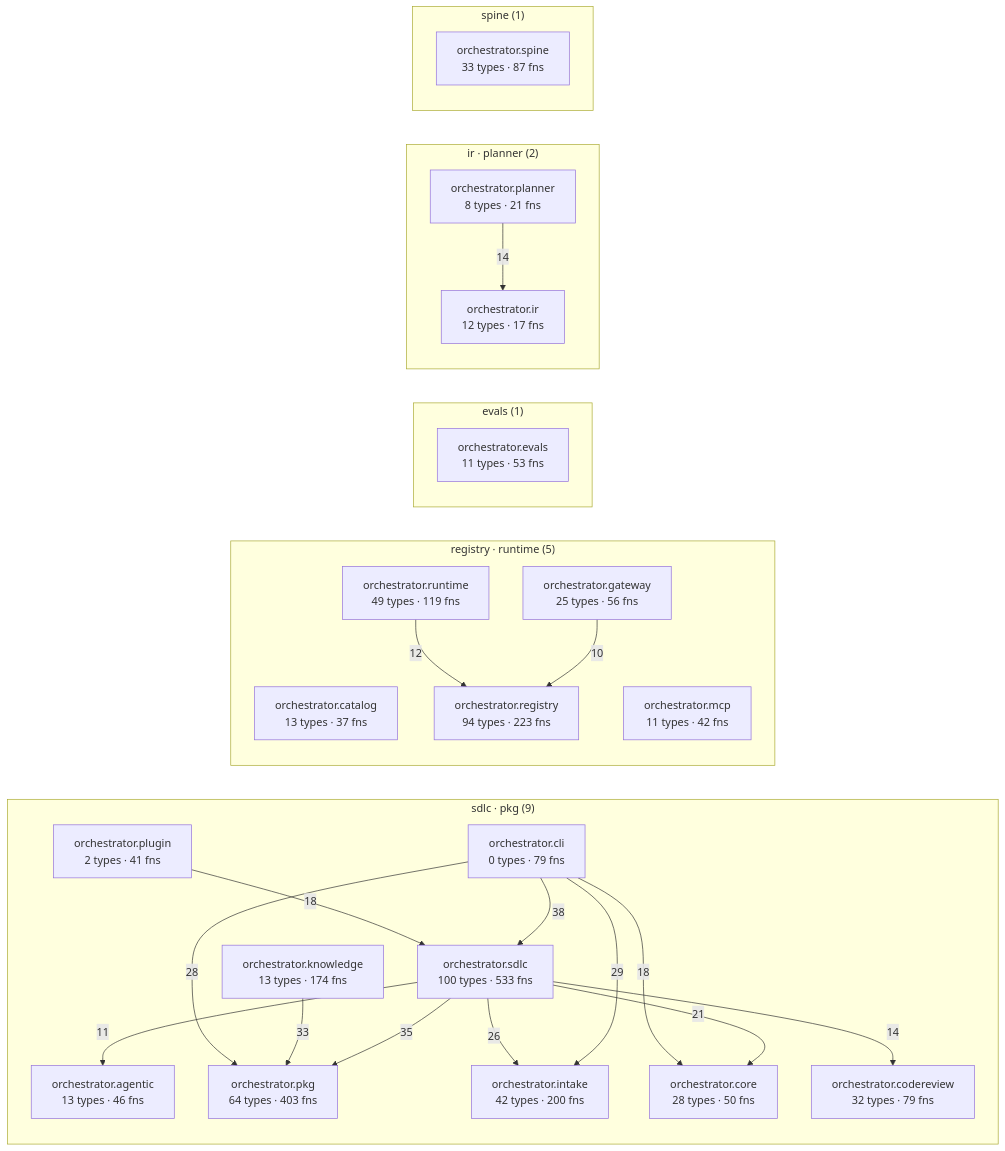
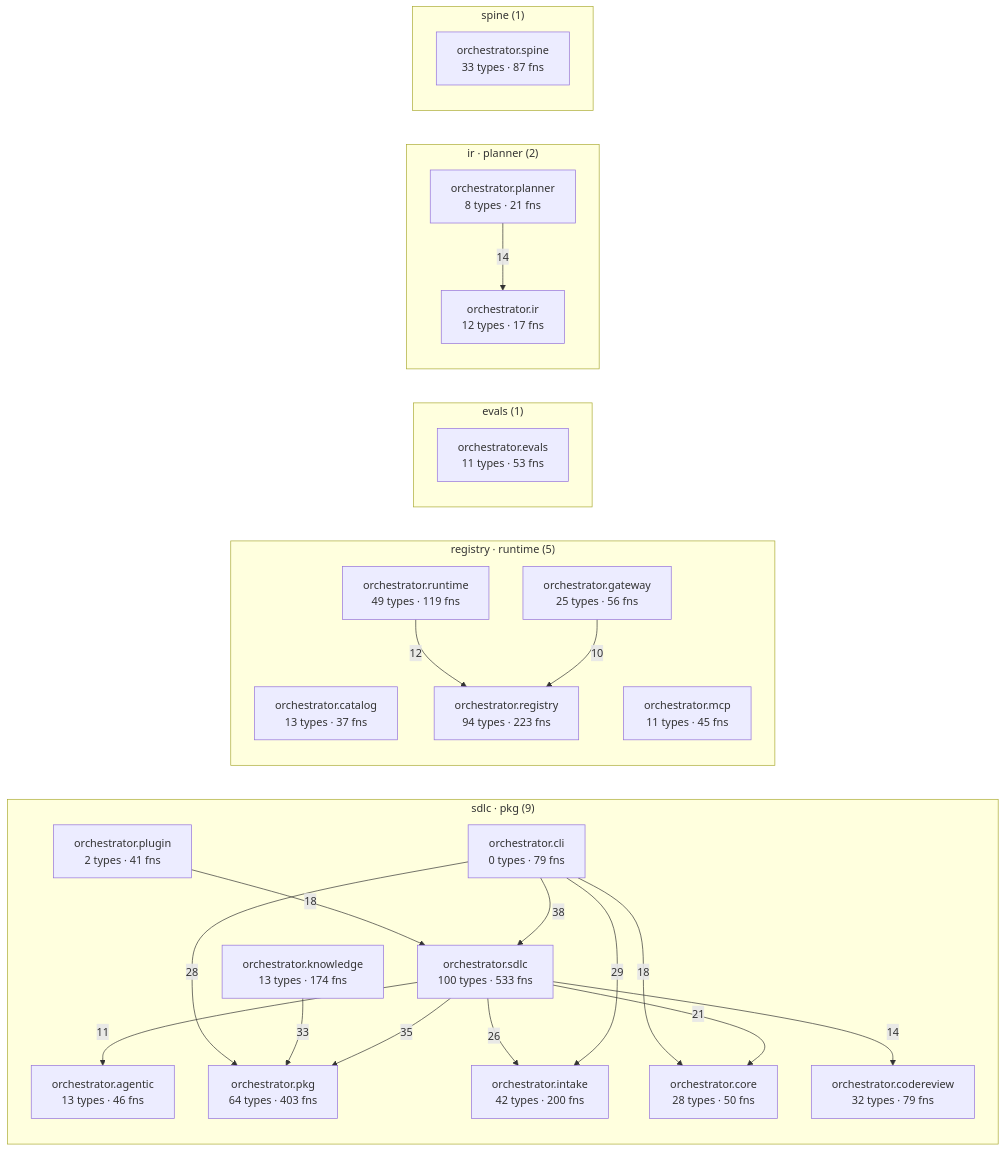
One commit to synaptixs/spine changed the diagram in episteme/architecture.md. Above: the diagram before and after it, drawn with Mermaid. The commit also changed other lines of this file and 7 other files, not shown here.

````diff
--- a/episteme/architecture.md
+++ b/episteme/architecture.md
@@ -54,45 +54,45 @@
 ```mermaid
 flowchart LR
   subgraph c_1["sdlc · pkg (9)"]
     aorchestratoragentic["orchestrator.agentic<br/>13 types · 46 fns"]
     aorchestratorcli["orchestrator.cli<br/>0 types · 79 fns"]
     aorchestratorcodereview["orchestrator.codereview<br/>32 types · 79 fns"]
     aorchestratorcore["orchestrator.core<br/>28 types · 50 fns"]
     aorchestratorintake["orchestrator.intake<br/>42 types · 200 fns"]
     aorchestratorknowledge["orchestrator.knowledge<br/>13 types · 174 fns"]
     aorchestratorpkg["orchestrator.pkg<br/>64 types · 403 fns"]
     aorchestratorplugin["orchestrator.plugin<br/>2 types · 41 fns"]
     aorchestratorsdlc["orchestrator.sdlc<br/>100 types · 533 fns"]
   end
   subgraph c_3["registry · runtime (5)"]
     aorchestratorcatalog["orchestrator.catalog<br/>13 types · 37 fns"]
     aorchestratorgateway["orchestrator.gateway<br/>25 types · 56 fns"]
-    aorchestratormcp["orchestrator.mcp<br/>11 types · 42 fns"]
+    aorchestratormcp["orchestrator.mcp<br/>11 types · 45 fns"]
     aorchestratorregistry["orchestrator.registry<br/>94 types · 223 fns"]
     aorchestratorruntime["orchestrator.runtime<br/>49 types · 119 fns"]
   end
   subgraph c_5["evals (1)"]
     aorchestratorevals["orchestrator.evals<br/>11 types · 53 fns"]
   end
   subgraph c_7["ir · planner (2)"]
     aorchestratorir["orchestrator.ir<br/>12 types · 17 fns"]
     aorchestratorplanner["orchestrator.planner<br/>8 types · 21 fns"]
   end
   subgraph c_10["spine (1)"]
     aorchestratorspine["orchestrator.spine<br/>33 types · 87 fns"]
   end
   aorchestratorcli -->|38| aorchestratorsdlc
   aorchestratorsdlc -->|35| aorchestratorpkg
   aorchestratorknowledge -->|33| aorchestratorpkg
   aorchestratorcli -->|29| aorchestratorintake
   aorchestratorcli -->|28| aorchestratorpkg
   aorchestratorsdlc -->|26| aorchestratorintake
   aorchestratorsdlc -->|21| aorchestratorcore
   aorchestratorcli -->|18| aorchestratorcore
   aorchestratorplugin -->|18| aorchestratorsdlc
   aorchestratorplanner -->|14| aorchestratorir
   aorchestratorsdlc -->|14| aorchestratorcodereview
   aorchestratorruntime -->|12| aorchestratorregistry
   aorchestratorsdlc -->|11| aorchestratoragentic
   aorchestratorgateway -->|10| aorchestratorregistry
 ```
````
